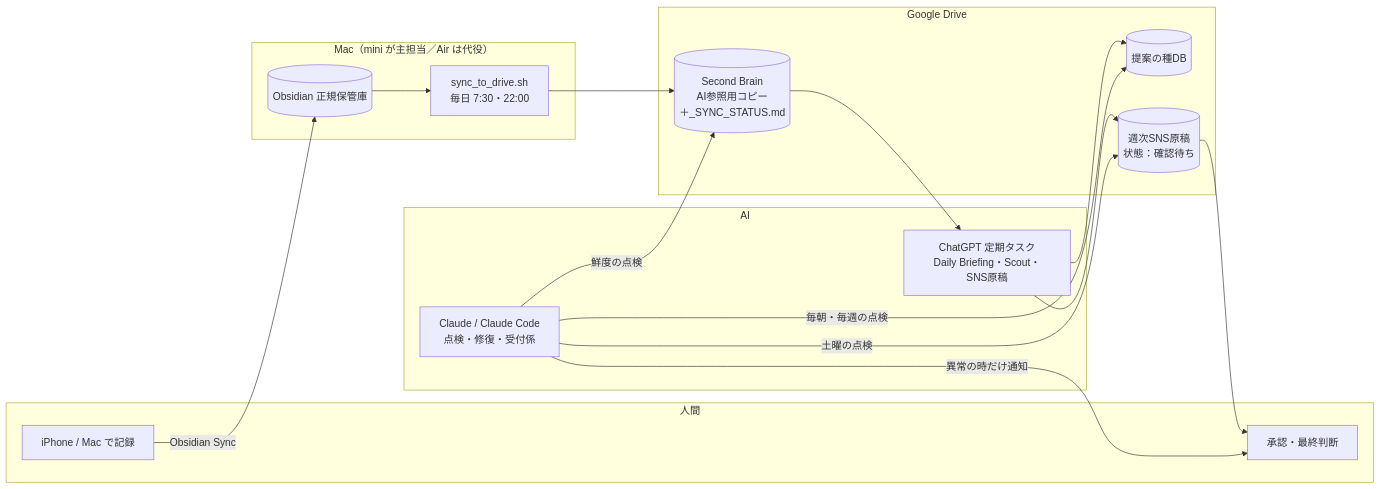
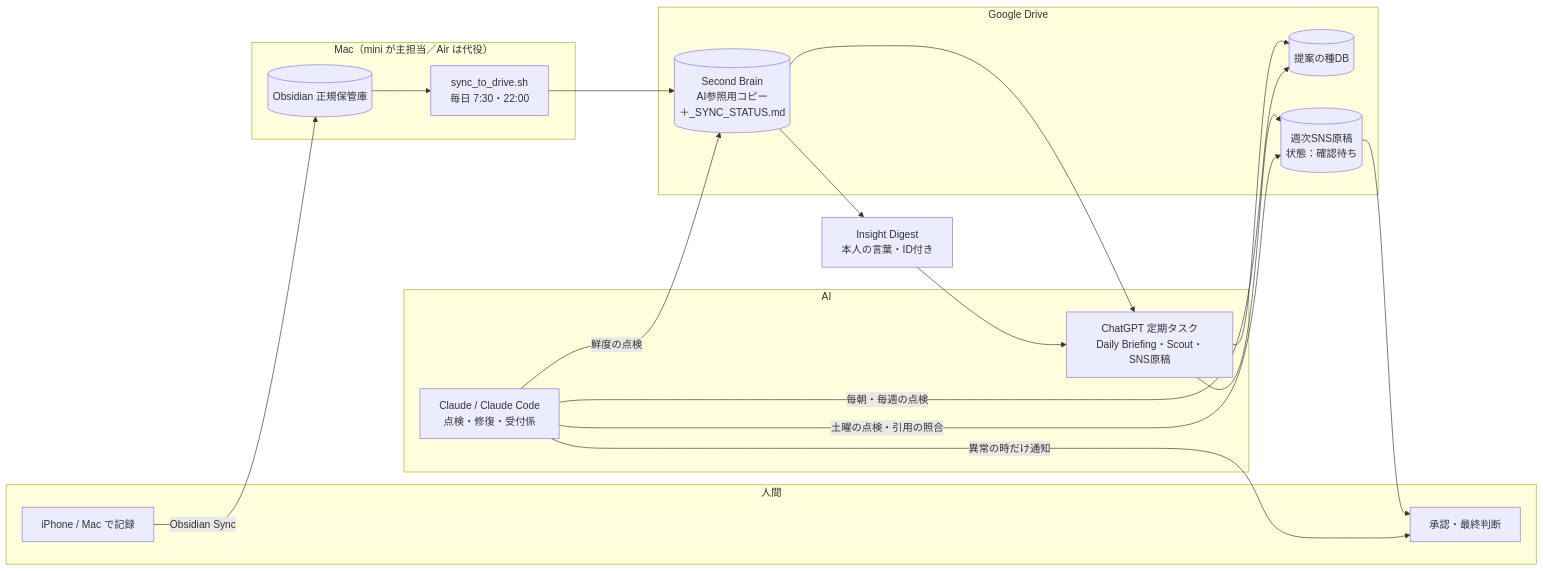
The diagram in AI_Orchestration/ARCHITECTURE.md (YDI1222/-2026), drawn with Mermaid before and after one commit. The commit also changed other lines of this file and 21 other files, not shown here.

First line of the commit message:
Make Obsidian notes the core of content design (Insight Digest)

````diff
--- a/AI_Orchestration/ARCHITECTURE.md
+++ b/AI_Orchestration/ARCHITECTURE.md
@@ -36,29 +36,31 @@
 ```mermaid
 flowchart LR
   subgraph 人間
     I[iPhone / Mac で記録]
     A[承認・最終判断]
   end
   subgraph Mac["Mac（mini が主担当／Air は代役）"]
     V[(Obsidian 正規保管庫)]
     S[sync_to_drive.sh<br/>毎日 7:30・22:00]
   end
   subgraph Drive["Google Drive"]
     R[(Second Brain<br/>AI参照用コピー<br/>＋_SYNC_STATUS.md)]
     DB[(提案の種DB)]
     SNS[(週次SNS原稿<br/>状態：確認待ち)]
   end
   subgraph AI
     GPT[ChatGPT 定期タスク<br/>Daily Briefing・Scout・SNS原稿]
     CL[Claude / Claude Code<br/>点検・修復・受付係]
   end
   I -->|Obsidian Sync| V --> S --> R
+  R --> DG[Insight Digest<br/>本人の言葉・ID付き]
+  DG --> GPT
   R --> GPT
   GPT --> DB
   GPT --> SNS
   CL -->|毎朝・毎週の点検| DB
-  CL -->|土曜の点検| SNS
+  CL -->|土曜の点検・引用の照合| SNS
   CL -->|鮮度の点検| R
   SNS --> A
   CL -->|異常の時だけ通知| A
 ```
````
